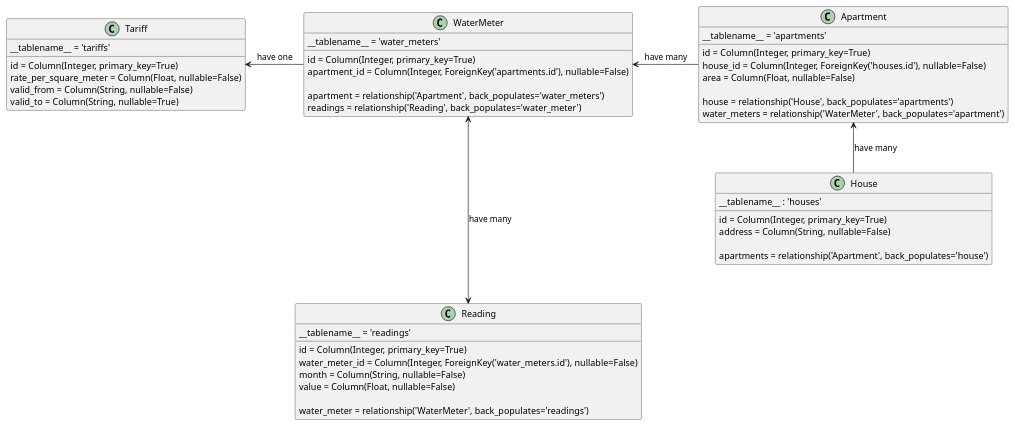
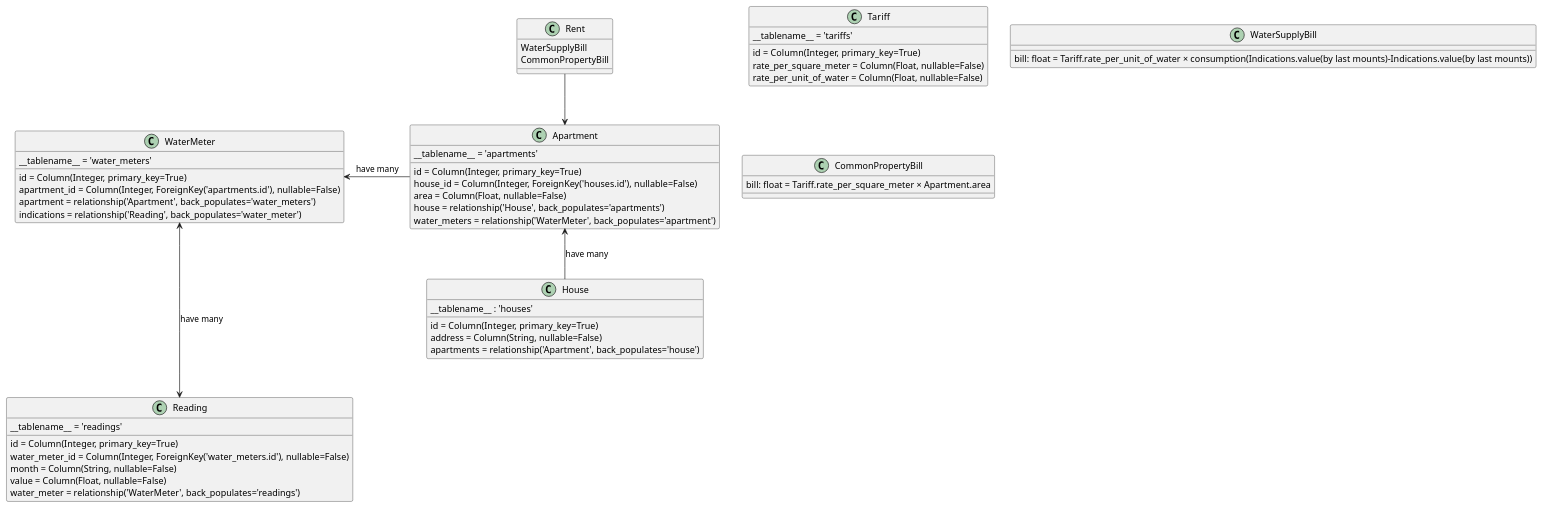
One commit to KonstantinLjapin/eis_test_task changed the diagram in visual_schemas_model.puml. Above: the diagram before and after it, drawn with PlantUML. The commit also changed 4 other files, not shown here.

```diff
--- a/visual_schemas_model.puml
+++ b/visual_schemas_model.puml
@@ -1,59 +1,68 @@
 @startuml
 
 
 
 class Tariff {
     __tablename__ = 'tariffs'
 
     id = Column(Integer, primary_key=True)
     rate_per_square_meter = Column(Float, nullable=False)
-    valid_from = Column(String, nullable=False)
-    valid_to = Column(String, nullable=True)
+    rate_per_unit_of_water = Column(Float, nullable=False)
+
 }
 
 class House {
     __tablename__ : 'houses'
 
     id = Column(Integer, primary_key=True)
     address = Column(String, nullable=False)
-
     apartments = relationship('Apartment', back_populates='house')
 }
 
 class Apartment {
     __tablename__ = 'apartments'
 
     id = Column(Integer, primary_key=True)
     house_id = Column(Integer, ForeignKey('houses.id'), nullable=False)
     area = Column(Float, nullable=False)
-
     house = relationship('House', back_populates='apartments')
     water_meters = relationship('WaterMeter', back_populates='apartment')
 }
 
 class WaterMeter {
   __tablename__ = 'water_meters'
 
     id = Column(Integer, primary_key=True)
     apartment_id = Column(Integer, ForeignKey('apartments.id'), nullable=False)
-
     apartment = relationship('Apartment', back_populates='water_meters')
-    readings = relationship('Reading', back_populates='water_meter')
+    indications = relationship('Reading', back_populates='water_meter')
 }
 
 class Reading{
     __tablename__ = 'readings'
 
     id = Column(Integer, primary_key=True)
     water_meter_id = Column(Integer, ForeignKey('water_meters.id'), nullable=False)
     month = Column(String, nullable=False)
     value = Column(Float, nullable=False)
-
     water_meter = relationship('WaterMeter', back_populates='readings')
 }
 
+class WaterSupplyBill {
+bill: float = Tariff.rate_per_unit_of_water × consumption(Indications.value(by last mounts)-Indications.value(by last mounts))
+}
+
+class CommonPropertyBill {
+bill: float = Tariff.rate_per_square_meter × Apartment.area
+}
+
+class Rent {
+WaterSupplyBill
+CommonPropertyBill
+}
+
 WaterMeter <-=-> Reading: have many
-Tariff <- WaterMeter: have one
 WaterMeter <= Apartment: have many
 Apartment <== House: have many
+Rent --> Apartment
 @enduml
```
